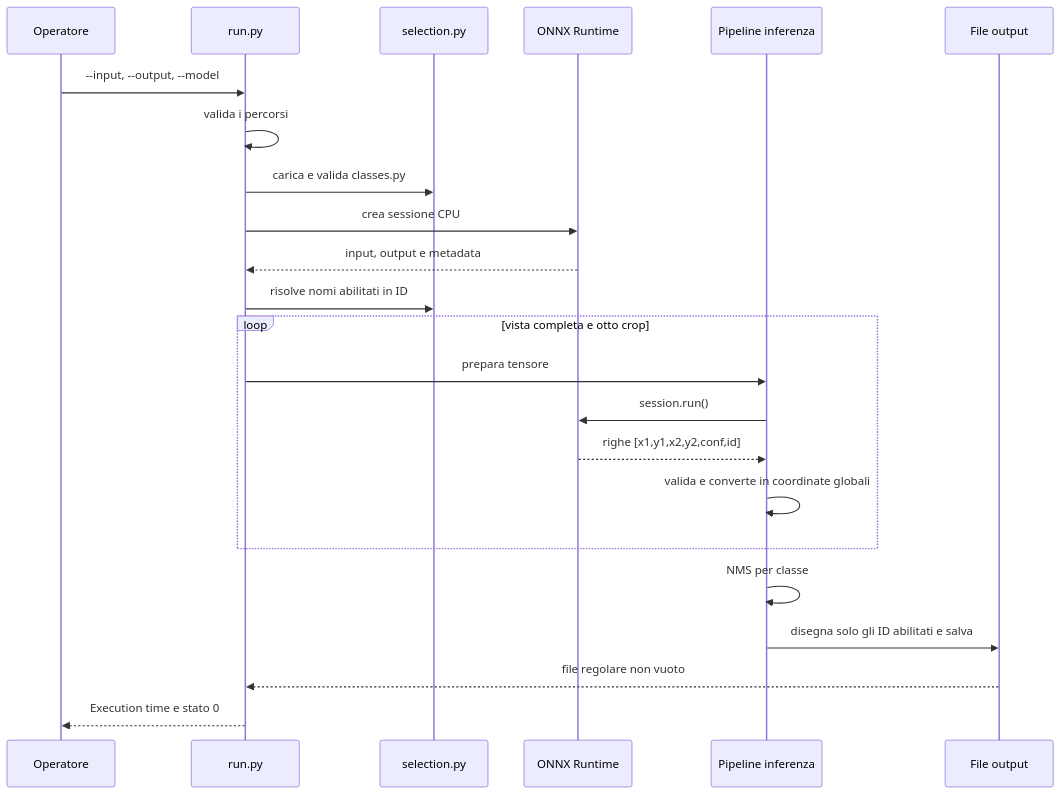
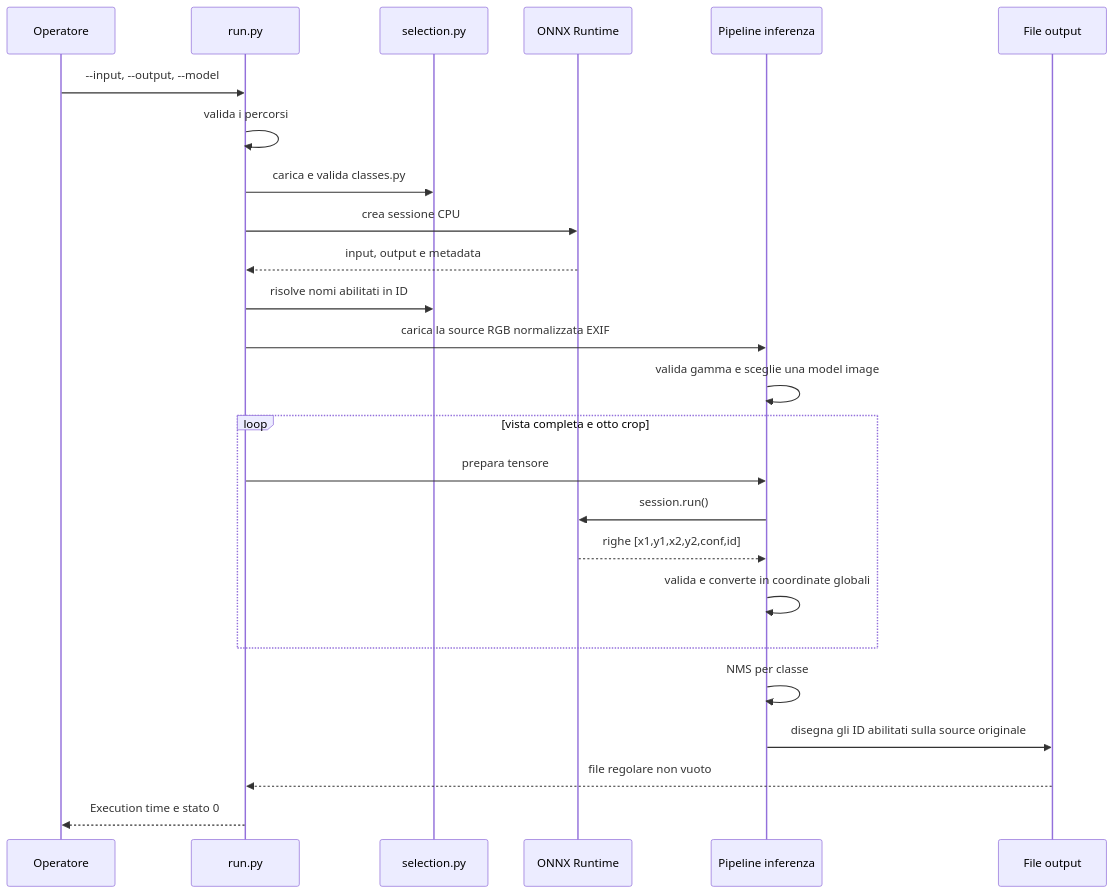
One commit to e-tufarini-terrasystem/phenocam-vision-edge changed the second of 2 diagrams in docs/architettura.md. Above: the diagram before and after it, drawn with Mermaid. The commit also changed other lines of this file and 4 other files, not shown here.

````diff
--- a/docs/architettura.md
+++ b/docs/architettura.md
@@ -56,26 +59,28 @@
 ```mermaid
 sequenceDiagram
     participant U as Operatore
     participant R as run.py
     participant S as selection.py
     participant O as ONNX Runtime
     participant P as Pipeline inferenza
     participant F as File output
 
     U->>R: --input, --output, --model
     R->>R: valida i percorsi
     R->>S: carica e valida classes.py
     R->>O: crea sessione CPU
     O-->>R: input, output e metadata
     R->>S: risolve nomi abilitati in ID
+    R->>P: carica la source RGB normalizzata EXIF
+    P->>P: valida gamma e sceglie una model image
     loop vista completa e otto crop
         R->>P: prepara tensore
         P->>O: session.run()
         O-->>P: righe [x1,y1,x2,y2,conf,id]
         P->>P: valida e converte in coordinate globali
     end
     P->>P: NMS per classe
-    P->>F: disegna solo gli ID abilitati e salva
+    P->>F: disegna gli ID abilitati sulla source originale
     F-->>R: file regolare non vuoto
     R-->>U: Execution time e stato 0
 ```
````
